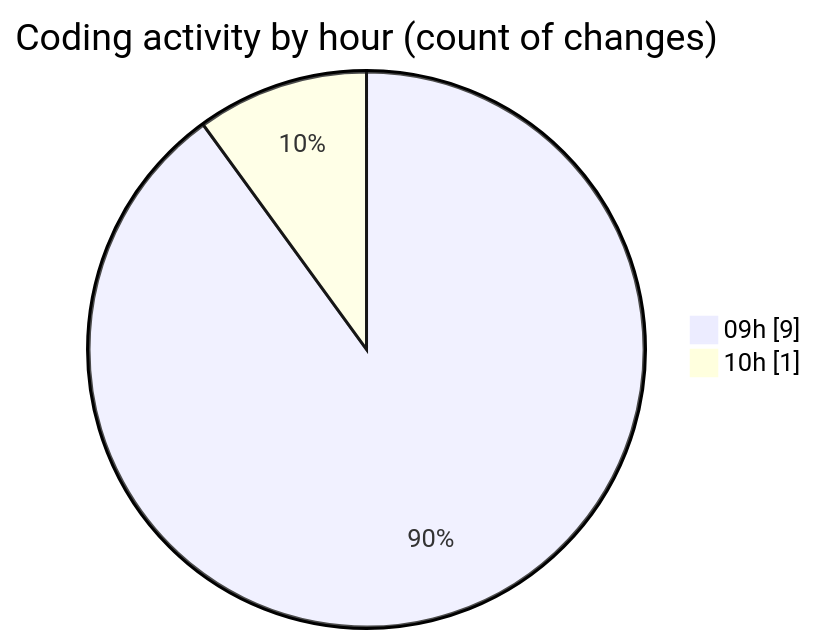
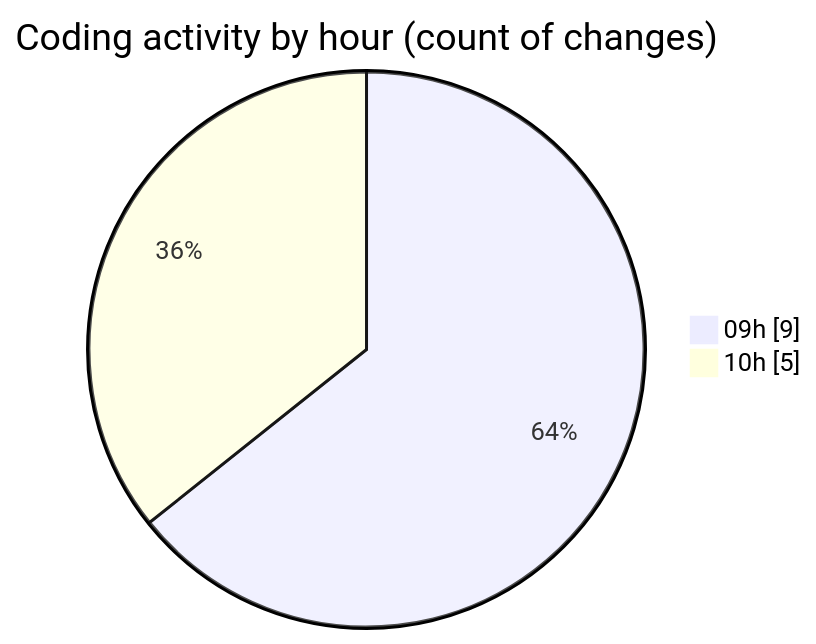
Before and after one commit to momahboobian/code-tracking: the second of 2 diagrams in 2026-09-10/cda/README.md, drawn with Mermaid. The commit also changed other lines of this file and 1 other file, not shown here.

````diff
--- a/2026-09-10/cda/README.md
+++ b/2026-09-10/cda/README.md
@@ -33,6 +38,6 @@
 ```mermaid
 pie showData
 title Coding activity by hour (count of changes)
 "09h" : 9
-"10h" : 1
+"10h" : 5
 ```
````
